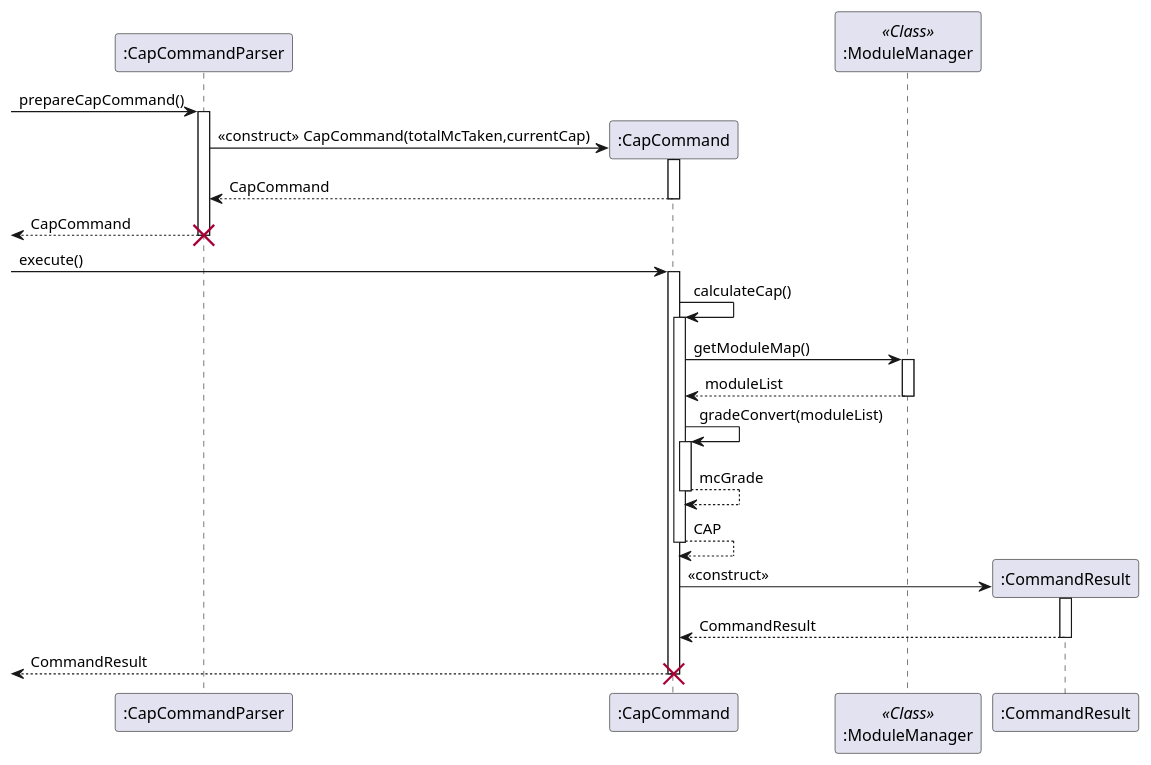
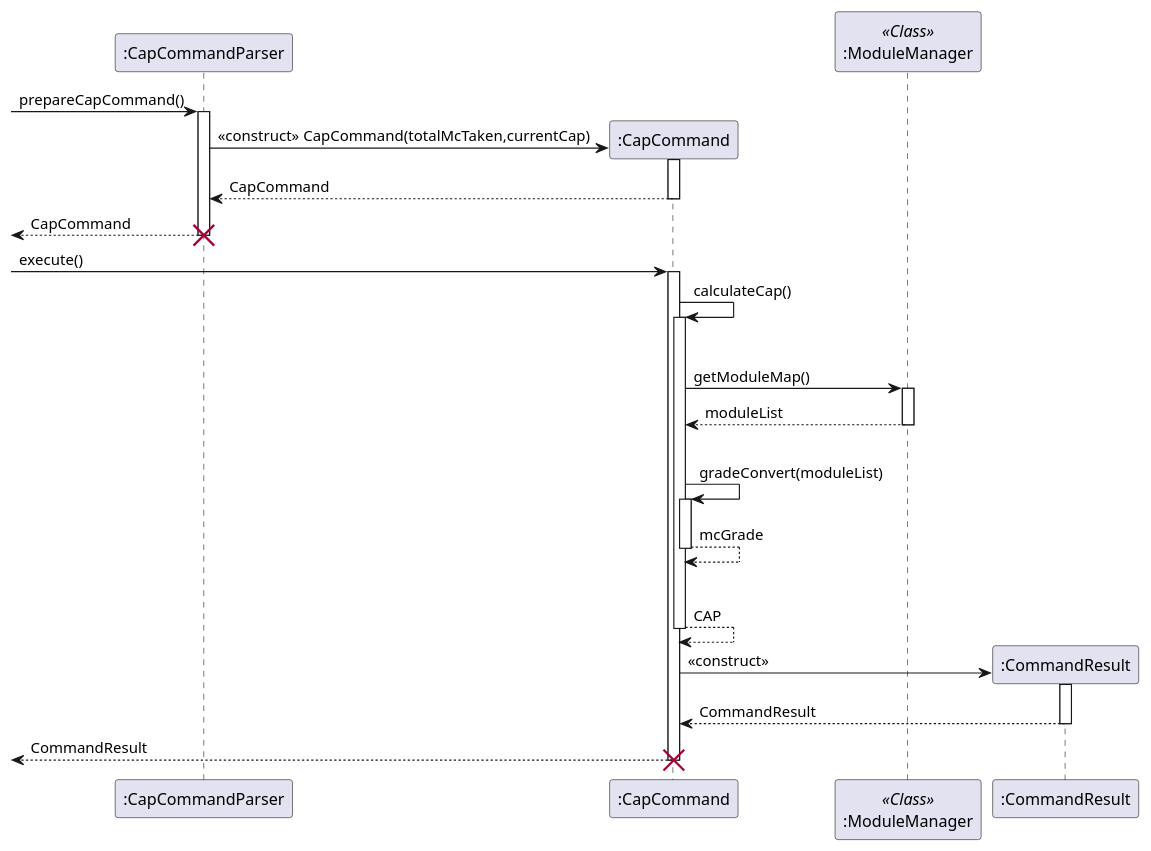
The diagram in docs/diagrams/UML/CapCommandSequenceDiagram.puml (wangqinNick/tp), drawn with PlantUML before and after one commit. The commit also changed 3 other files, not shown here.

Commit message:
Added a bit of spacing to Grade and CAP sequence diagrams

```diff
--- a/docs/diagrams/UML/CapCommandSequenceDiagram.puml
+++ b/docs/diagrams/UML/CapCommandSequenceDiagram.puml
@@ -1,23 +1,25 @@
 @startuml
 
 -> ":CapCommandParser" ++ : prepareCapCommand()
     ":CapCommandParser" -> ":CapCommand" ** : <<construct>> CapCommand(totalMcTaken,currentCap)
     activate ":CapCommand"
     return CapCommand
 <-- ":CapCommandParser" !! : CapCommand
 
 -> ":CapCommand" ++ : execute()
     ":CapCommand" -> ":CapCommand" ++ : calculateCap()
+        |||
         participant ":ModuleManager" as MM << Class >>
         ":CapCommand" -> MM ++ : getModuleMap()
         return moduleList
-
+        |||
         ":CapCommand" -> ":CapCommand" ++ : gradeConvert(moduleList)
         return mcGrade
+        |||
     return CAP
 
     create ":CommandResult"
     ":CapCommand" -> ":CommandResult" ++ : <<construct>>
     return CommandResult
 <-- ":CapCommand" !! : CommandResult
 @enduml
```
